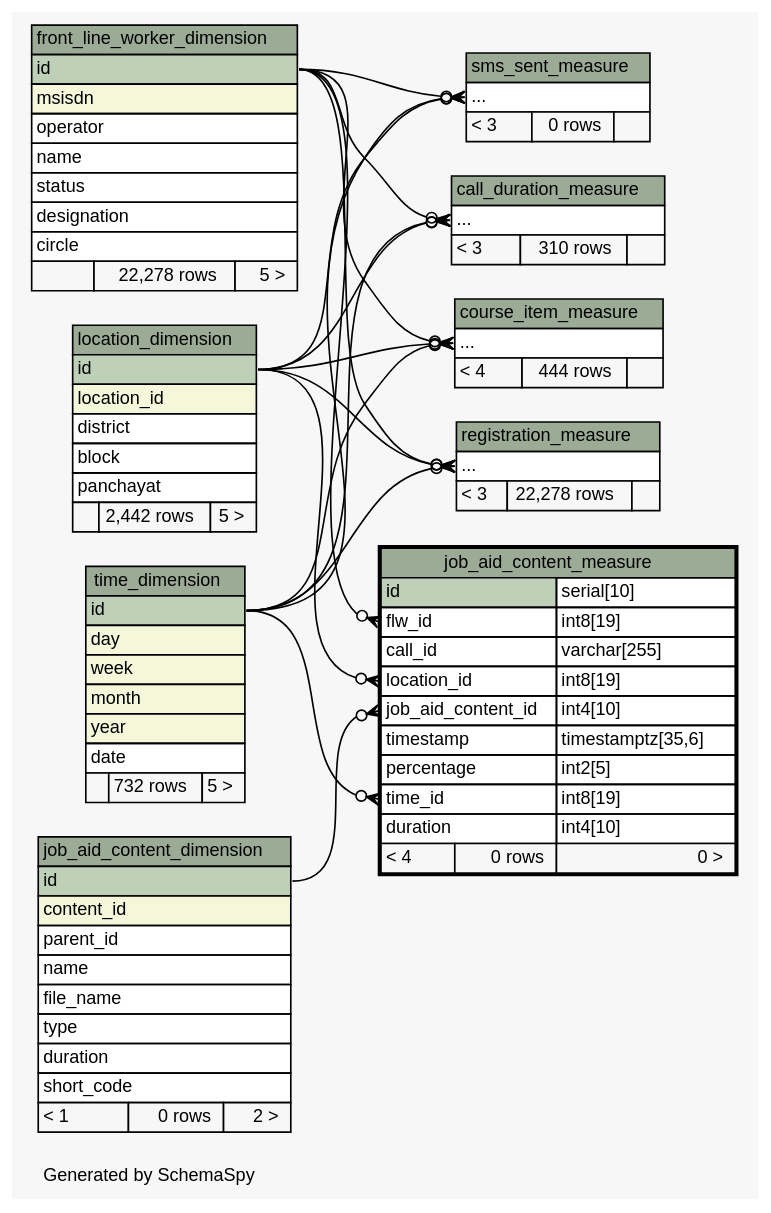
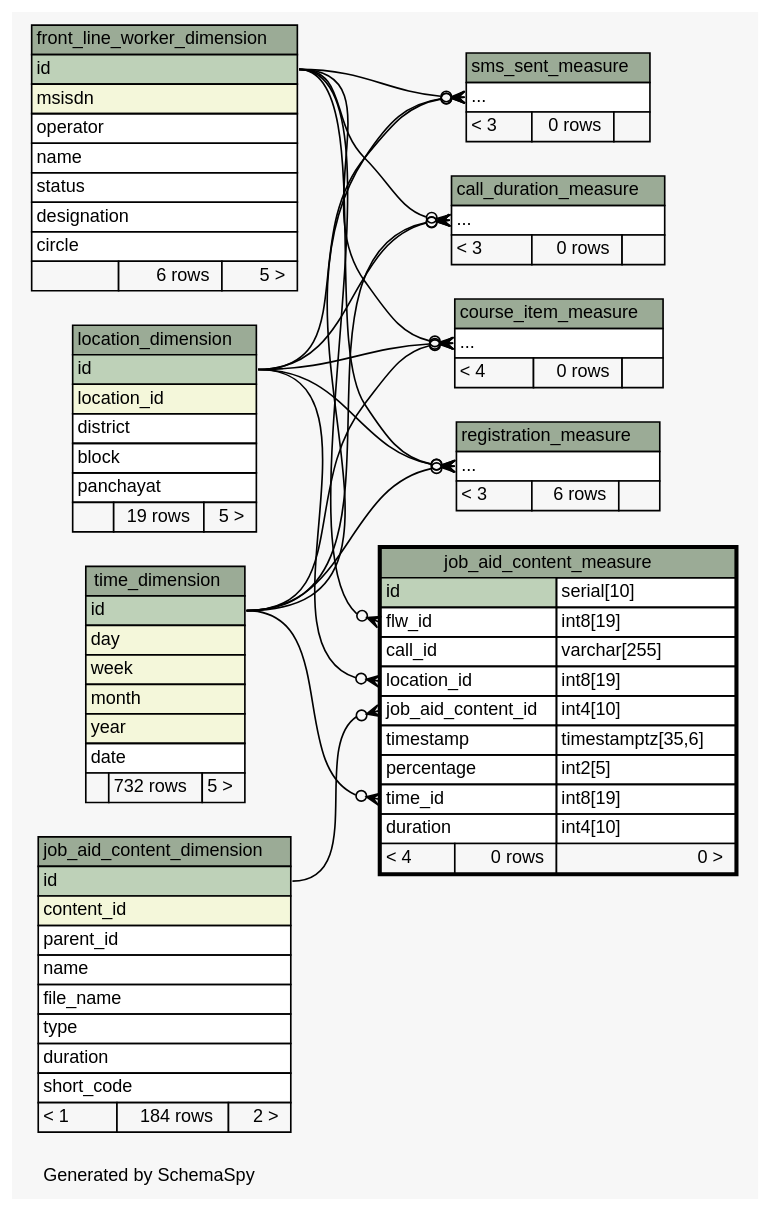
The diagram in ananya-report/build/schemaspy-output/diagrams/job_aid_content_measure.2degrees.dot (motech/ananya), drawn with Graphviz before and after one commit. The commit also changed 76 other files, not shown here.

```diff
--- a/ananya-report/build/schemaspy-output/diagrams/job_aid_content_measure.2degrees.dot
+++ b/ananya-report/build/schemaspy-output/diagrams/job_aid_content_measure.2degrees.dot
@@ -1,158 +1,158 @@
 // dot 2.26.3 on Linux 2.6.38-11-generic-pae
 // SchemaSpy rev 590
 digraph "twoDegreesRelationshipsDiagram" {
   graph [
     rankdir="RL"
     bgcolor="#f7f7f7"
     label="\nGenerated by SchemaSpy"
     labeljust="l"
     nodesep="0.18"
     ranksep="0.46"
     fontname="Helvetica"
     fontsize="11"
   ];
   node [
     fontname="Helvetica"
     fontsize="11"
     shape="plaintext"
   ];
   edge [
     arrowsize="0.8"
   ];
   "call_duration_measure":"elipses":w -> "front_line_worker_dimension":"id":e [arrowhead=none dir=back arrowtail=crowodot];
   "call_duration_measure":"elipses":w -> "location_dimension":"id":e [arrowhead=none dir=back arrowtail=crowodot];
   "call_duration_measure":"elipses":w -> "time_dimension":"id":e [arrowhead=none dir=back arrowtail=crowodot];
   "course_item_measure":"elipses":w -> "front_line_worker_dimension":"id":e [arrowhead=none dir=back arrowtail=crowodot];
   "course_item_measure":"elipses":w -> "location_dimension":"id":e [arrowhead=none dir=back arrowtail=crowodot];
   "course_item_measure":"elipses":w -> "time_dimension":"id":e [arrowhead=none dir=back arrowtail=crowodot];
   "job_aid_content_measure":"flw_id":w -> "front_line_worker_dimension":"id":e [arrowhead=none dir=back arrowtail=crowodot];
   "job_aid_content_measure":"job_aid_content_id":w -> "job_aid_content_dimension":"id":e [arrowhead=none dir=back arrowtail=crowodot];
   "job_aid_content_measure":"location_id":w -> "location_dimension":"id":e [arrowhead=none dir=back arrowtail=crowodot];
   "job_aid_content_measure":"time_id":w -> "time_dimension":"id":e [arrowhead=none dir=back arrowtail=crowodot];
   "registration_measure":"elipses":w -> "front_line_worker_dimension":"id":e [arrowhead=none dir=back arrowtail=crowodot];
   "registration_measure":"elipses":w -> "location_dimension":"id":e [arrowhead=none dir=back arrowtail=crowodot];
   "registration_measure":"elipses":w -> "time_dimension":"id":e [arrowhead=none dir=back arrowtail=crowodot];
   "sms_sent_measure":"elipses":w -> "front_line_worker_dimension":"id":e [arrowhead=none dir=back arrowtail=crowodot];
   "sms_sent_measure":"elipses":w -> "location_dimension":"id":e [arrowhead=none dir=back arrowtail=crowodot];
   "sms_sent_measure":"elipses":w -> "time_dimension":"id":e [arrowhead=none dir=back arrowtail=crowodot];
   "call_duration_measure" [
     label=<
     <TABLE BORDER="0" CELLBORDER="1" CELLSPACING="0" BGCOLOR="#ffffff">
       <TR><TD COLSPAN="3" BGCOLOR="#9bab96" ALIGN="CENTER">call_duration_measure</TD></TR>
       <TR><TD PORT="elipses" COLSPAN="3" ALIGN="LEFT">...</TD></TR>
-      <TR><TD ALIGN="LEFT" BGCOLOR="#f7f7f7">&lt; 3</TD><TD ALIGN="RIGHT" BGCOLOR="#f7f7f7">310 rows</TD><TD ALIGN="RIGHT" BGCOLOR="#f7f7f7">  </TD></TR>
+      <TR><TD ALIGN="LEFT" BGCOLOR="#f7f7f7">&lt; 3</TD><TD ALIGN="RIGHT" BGCOLOR="#f7f7f7">0 rows</TD><TD ALIGN="RIGHT" BGCOLOR="#f7f7f7">  </TD></TR>
     </TABLE>>
     URL="call_duration_measure.html"
     tooltip="call_duration_measure"
   ];
   "course_item_measure" [
     label=<
     <TABLE BORDER="0" CELLBORDER="1" CELLSPACING="0" BGCOLOR="#ffffff">
       <TR><TD COLSPAN="3" BGCOLOR="#9bab96" ALIGN="CENTER">course_item_measure</TD></TR>
       <TR><TD PORT="elipses" COLSPAN="3" ALIGN="LEFT">...</TD></TR>
-      <TR><TD ALIGN="LEFT" BGCOLOR="#f7f7f7">&lt; 4</TD><TD ALIGN="RIGHT" BGCOLOR="#f7f7f7">444 rows</TD><TD ALIGN="RIGHT" BGCOLOR="#f7f7f7">  </TD></TR>
+      <TR><TD ALIGN="LEFT" BGCOLOR="#f7f7f7">&lt; 4</TD><TD ALIGN="RIGHT" BGCOLOR="#f7f7f7">0 rows</TD><TD ALIGN="RIGHT" BGCOLOR="#f7f7f7">  </TD></TR>
     </TABLE>>
     URL="course_item_measure.html"
     tooltip="course_item_measure"
   ];
   "front_line_worker_dimension" [
     label=<
     <TABLE BORDER="0" CELLBORDER="1" CELLSPACING="0" BGCOLOR="#ffffff">
       <TR><TD COLSPAN="3" BGCOLOR="#9bab96" ALIGN="CENTER">front_line_worker_dimension</TD></TR>
       <TR><TD PORT="id" COLSPAN="3" BGCOLOR="#bed1b8" ALIGN="LEFT">id</TD></TR>
       <TR><TD PORT="msisdn" COLSPAN="3" BGCOLOR="#f4f7da" ALIGN="LEFT">msisdn</TD></TR>
       <TR><TD PORT="operator" COLSPAN="3" ALIGN="LEFT">operator</TD></TR>
       <TR><TD PORT="name" COLSPAN="3" ALIGN="LEFT">name</TD></TR>
       <TR><TD PORT="status" COLSPAN="3" ALIGN="LEFT">status</TD></TR>
       <TR><TD PORT="designation" COLSPAN="3" ALIGN="LEFT">designation</TD></TR>
       <TR><TD PORT="circle" COLSPAN="3" ALIGN="LEFT">circle</TD></TR>
-      <TR><TD ALIGN="LEFT" BGCOLOR="#f7f7f7">  </TD><TD ALIGN="RIGHT" BGCOLOR="#f7f7f7">22,278 rows</TD><TD ALIGN="RIGHT" BGCOLOR="#f7f7f7">5 &gt;</TD></TR>
+      <TR><TD ALIGN="LEFT" BGCOLOR="#f7f7f7">  </TD><TD ALIGN="RIGHT" BGCOLOR="#f7f7f7">6 rows</TD><TD ALIGN="RIGHT" BGCOLOR="#f7f7f7">5 &gt;</TD></TR>
     </TABLE>>
     URL="front_line_worker_dimension.html"
     tooltip="front_line_worker_dimension"
   ];
   "job_aid_content_dimension" [
     label=<
     <TABLE BORDER="0" CELLBORDER="1" CELLSPACING="0" BGCOLOR="#ffffff">
       <TR><TD COLSPAN="3" BGCOLOR="#9bab96" ALIGN="CENTER">job_aid_content_dimension</TD></TR>
       <TR><TD PORT="id" COLSPAN="3" BGCOLOR="#bed1b8" ALIGN="LEFT">id</TD></TR>
       <TR><TD PORT="content_id" COLSPAN="3" BGCOLOR="#f4f7da" ALIGN="LEFT">content_id</TD></TR>
       <TR><TD PORT="parent_id" COLSPAN="3" ALIGN="LEFT">parent_id</TD></TR>
       <TR><TD PORT="name" COLSPAN="3" ALIGN="LEFT">name</TD></TR>
       <TR><TD PORT="file_name" COLSPAN="3" ALIGN="LEFT">file_name</TD></TR>
       <TR><TD PORT="type" COLSPAN="3" ALIGN="LEFT">type</TD></TR>
       <TR><TD PORT="duration" COLSPAN="3" ALIGN="LEFT">duration</TD></TR>
       <TR><TD PORT="short_code" COLSPAN="3" ALIGN="LEFT">short_code</TD></TR>
-      <TR><TD ALIGN="LEFT" BGCOLOR="#f7f7f7">&lt; 1</TD><TD ALIGN="RIGHT" BGCOLOR="#f7f7f7">0 rows</TD><TD ALIGN="RIGHT" BGCOLOR="#f7f7f7">2 &gt;</TD></TR>
+      <TR><TD ALIGN="LEFT" BGCOLOR="#f7f7f7">&lt; 1</TD><TD ALIGN="RIGHT" BGCOLOR="#f7f7f7">184 rows</TD><TD ALIGN="RIGHT" BGCOLOR="#f7f7f7">2 &gt;</TD></TR>
     </TABLE>>
     URL="job_aid_content_dimension.html"
     tooltip="job_aid_content_dimension"
   ];
   "job_aid_content_measure" [
     label=<
     <TABLE BORDER="2" CELLBORDER="1" CELLSPACING="0" BGCOLOR="#ffffff">
       <TR><TD COLSPAN="3" BGCOLOR="#9bab96" ALIGN="CENTER">job_aid_content_measure</TD></TR>
       <TR><TD PORT="id" COLSPAN="2" BGCOLOR="#bed1b8" ALIGN="LEFT">id</TD><TD PORT="id.type" ALIGN="LEFT">serial[10]</TD></TR>
       <TR><TD PORT="flw_id" COLSPAN="2" ALIGN="LEFT">flw_id</TD><TD PORT="flw_id.type" ALIGN="LEFT">int8[19]</TD></TR>
       <TR><TD PORT="call_id" COLSPAN="2" ALIGN="LEFT">call_id</TD><TD PORT="call_id.type" ALIGN="LEFT">varchar[255]</TD></TR>
       <TR><TD PORT="location_id" COLSPAN="2" ALIGN="LEFT">location_id</TD><TD PORT="location_id.type" ALIGN="LEFT">int8[19]</TD></TR>
       <TR><TD PORT="job_aid_content_id" COLSPAN="2" ALIGN="LEFT">job_aid_content_id</TD><TD PORT="job_aid_content_id.type" ALIGN="LEFT">int4[10]</TD></TR>
       <TR><TD PORT="timestamp" COLSPAN="2" ALIGN="LEFT">timestamp</TD><TD PORT="timestamp.type" ALIGN="LEFT">timestamptz[35,6]</TD></TR>
       <TR><TD PORT="percentage" COLSPAN="2" ALIGN="LEFT">percentage</TD><TD PORT="percentage.type" ALIGN="LEFT">int2[5]</TD></TR>
       <TR><TD PORT="time_id" COLSPAN="2" ALIGN="LEFT">time_id</TD><TD PORT="time_id.type" ALIGN="LEFT">int8[19]</TD></TR>
       <TR><TD PORT="duration" COLSPAN="2" ALIGN="LEFT">duration</TD><TD PORT="duration.type" ALIGN="LEFT">int4[10]</TD></TR>
       <TR><TD ALIGN="LEFT" BGCOLOR="#f7f7f7">&lt; 4</TD><TD ALIGN="RIGHT" BGCOLOR="#f7f7f7">0 rows</TD><TD ALIGN="RIGHT" BGCOLOR="#f7f7f7">0 &gt;</TD></TR>
     </TABLE>>
     URL="job_aid_content_measure.html"
     tooltip="job_aid_content_measure"
   ];
   "location_dimension" [
     label=<
     <TABLE BORDER="0" CELLBORDER="1" CELLSPACING="0" BGCOLOR="#ffffff">
       <TR><TD COLSPAN="3" BGCOLOR="#9bab96" ALIGN="CENTER">location_dimension</TD></TR>
       <TR><TD PORT="id" COLSPAN="3" BGCOLOR="#bed1b8" ALIGN="LEFT">id</TD></TR>
       <TR><TD PORT="location_id" COLSPAN="3" BGCOLOR="#f4f7da" ALIGN="LEFT">location_id</TD></TR>
       <TR><TD PORT="district" COLSPAN="3" ALIGN="LEFT">district</TD></TR>
       <TR><TD PORT="block" COLSPAN="3" ALIGN="LEFT">block</TD></TR>
       <TR><TD PORT="panchayat" COLSPAN="3" ALIGN="LEFT">panchayat</TD></TR>
-      <TR><TD ALIGN="LEFT" BGCOLOR="#f7f7f7">  </TD><TD ALIGN="RIGHT" BGCOLOR="#f7f7f7">2,442 rows</TD><TD ALIGN="RIGHT" BGCOLOR="#f7f7f7">5 &gt;</TD></TR>
+      <TR><TD ALIGN="LEFT" BGCOLOR="#f7f7f7">  </TD><TD ALIGN="RIGHT" BGCOLOR="#f7f7f7">19 rows</TD><TD ALIGN="RIGHT" BGCOLOR="#f7f7f7">5 &gt;</TD></TR>
     </TABLE>>
     URL="location_dimension.html"
     tooltip="location_dimension"
   ];
   "registration_measure" [
     label=<
     <TABLE BORDER="0" CELLBORDER="1" CELLSPACING="0" BGCOLOR="#ffffff">
       <TR><TD COLSPAN="3" BGCOLOR="#9bab96" ALIGN="CENTER">registration_measure</TD></TR>
       <TR><TD PORT="elipses" COLSPAN="3" ALIGN="LEFT">...</TD></TR>
-      <TR><TD ALIGN="LEFT" BGCOLOR="#f7f7f7">&lt; 3</TD><TD ALIGN="RIGHT" BGCOLOR="#f7f7f7">22,278 rows</TD><TD ALIGN="RIGHT" BGCOLOR="#f7f7f7">  </TD></TR>
+      <TR><TD ALIGN="LEFT" BGCOLOR="#f7f7f7">&lt; 3</TD><TD ALIGN="RIGHT" BGCOLOR="#f7f7f7">6 rows</TD><TD ALIGN="RIGHT" BGCOLOR="#f7f7f7">  </TD></TR>
     </TABLE>>
     URL="registration_measure.html"
     tooltip="registration_measure"
   ];
   "sms_sent_measure" [
     label=<
     <TABLE BORDER="0" CELLBORDER="1" CELLSPACING="0" BGCOLOR="#ffffff">
       <TR><TD COLSPAN="3" BGCOLOR="#9bab96" ALIGN="CENTER">sms_sent_measure</TD></TR>
       <TR><TD PORT="elipses" COLSPAN="3" ALIGN="LEFT">...</TD></TR>
       <TR><TD ALIGN="LEFT" BGCOLOR="#f7f7f7">&lt; 3</TD><TD ALIGN="RIGHT" BGCOLOR="#f7f7f7">0 rows</TD><TD ALIGN="RIGHT" BGCOLOR="#f7f7f7">  </TD></TR>
     </TABLE>>
     URL="sms_sent_measure.html"
     tooltip="sms_sent_measure"
   ];
   "time_dimension" [
     label=<
     <TABLE BORDER="0" CELLBORDER="1" CELLSPACING="0" BGCOLOR="#ffffff">
       <TR><TD COLSPAN="3" BGCOLOR="#9bab96" ALIGN="CENTER">time_dimension</TD></TR>
       <TR><TD PORT="id" COLSPAN="3" BGCOLOR="#bed1b8" ALIGN="LEFT">id</TD></TR>
       <TR><TD PORT="day" COLSPAN="3" BGCOLOR="#f4f7da" ALIGN="LEFT">day</TD></TR>
       <TR><TD PORT="week" COLSPAN="3" BGCOLOR="#f4f7da" ALIGN="LEFT">week</TD></TR>
       <TR><TD PORT="month" COLSPAN="3" BGCOLOR="#f4f7da" ALIGN="LEFT">month</TD></TR>
       <TR><TD PORT="year" COLSPAN="3" BGCOLOR="#f4f7da" ALIGN="LEFT">year</TD></TR>
       <TR><TD PORT="date" COLSPAN="3" ALIGN="LEFT">date</TD></TR>
       <TR><TD ALIGN="LEFT" BGCOLOR="#f7f7f7">  </TD><TD ALIGN="RIGHT" BGCOLOR="#f7f7f7">732 rows</TD><TD ALIGN="RIGHT" BGCOLOR="#f7f7f7">5 &gt;</TD></TR>
     </TABLE>>
     URL="time_dimension.html"
     tooltip="time_dimension"
   ];
 }
```
